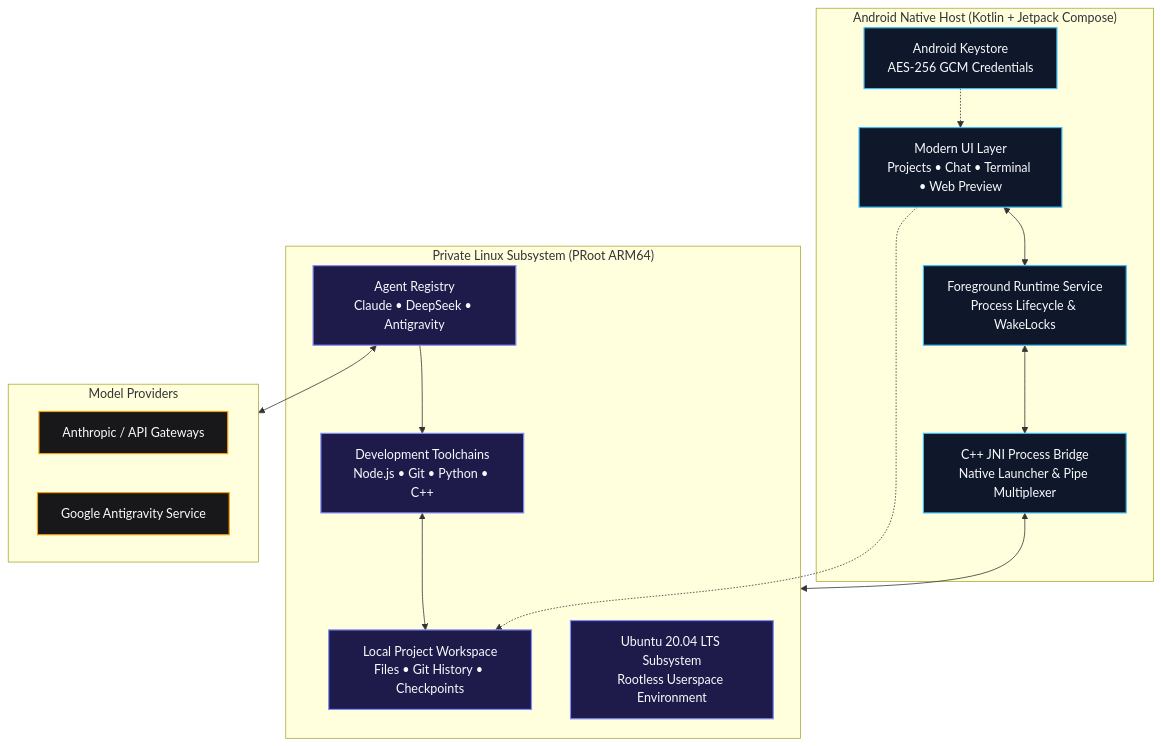
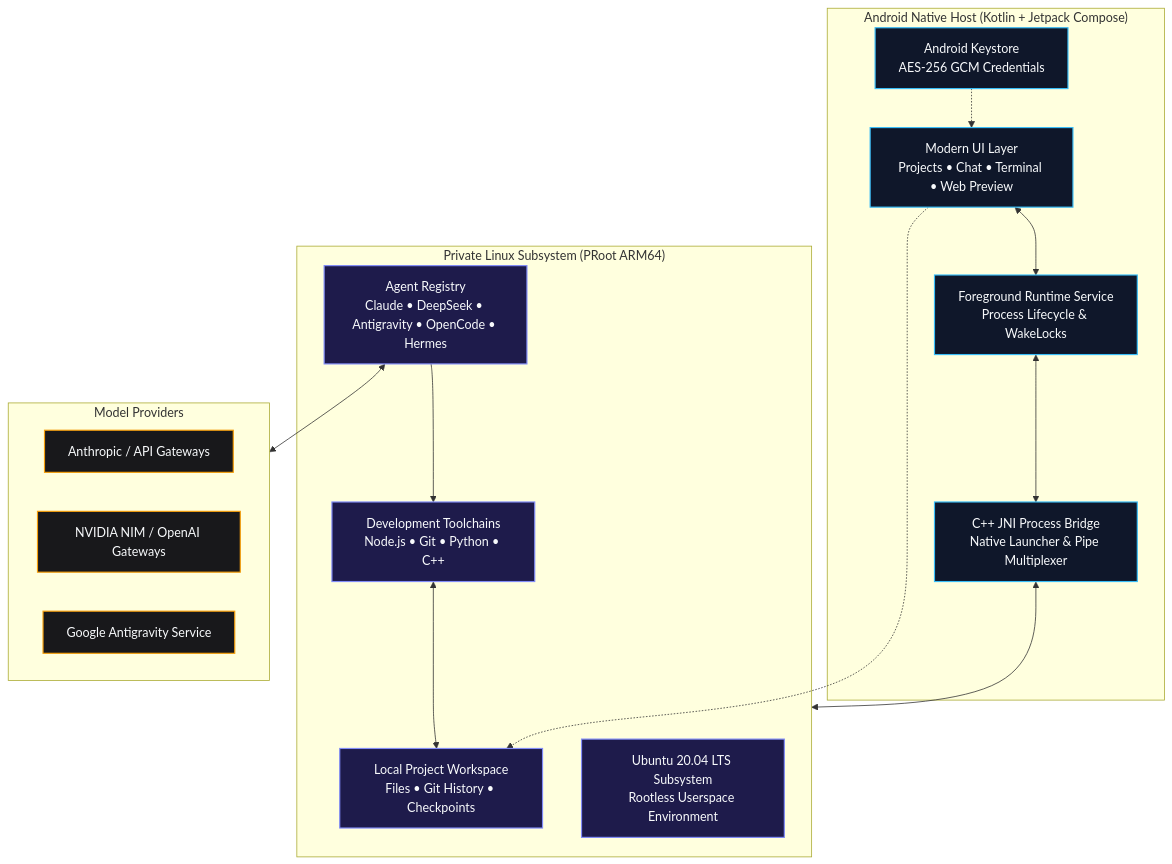
The diagram in README.md (Davinci198/mobile-harness-0), drawn with Mermaid before and after one commit. The commit also changed other lines of this file, not shown here.

````diff
--- a/README.md
+++ b/README.md
@@ -247,38 +252,39 @@
 ```mermaid
 flowchart TB
     subgraph Host[" Android Native Host (Kotlin + Jetpack Compose) "]
         UI["Modern UI Layer<br/>Projects • Chat • Terminal • Web Preview"]
         Service["Foreground Runtime Service<br/>Process Lifecycle & WakeLocks"]
         Keystore["Android Keystore<br/>AES-256 GCM Credentials"]
         Bridge["C++ JNI Process Bridge<br/>Native Launcher & Pipe Multiplexer"]
     end
 
     subgraph Subsystem[" Private Linux Subsystem (PRoot ARM64) "]
         Ubuntu["Ubuntu 20.04 LTS Subsystem<br/>Rootless Userspace Environment"]
-        Agent["Agent Registry<br/>Claude • DeepSeek • Antigravity"]
+        Agent["Agent Registry<br/>Claude • DeepSeek • Antigravity • OpenCode • Hermes"]
         Tools["Development Toolchains<br/>Node.js • Git • Python • C++"]
         Workspace["Local Project Workspace<br/>Files • Git History • Checkpoints"]
     end
 
     subgraph Cloud[" Model Providers "]
         Anthropic["Anthropic / API Gateways"]
+        NVIDIA["NVIDIA NIM / OpenAI Gateways"]
         Gateways["Google Antigravity Service"]
     end
 
     UI <--> Service
     Service <--> Bridge
     Bridge <--> Subsystem
     Keystore -.-> UI
     Agent <--> Cloud
     Agent --> Tools
     Tools <--> Workspace
     UI -.-> Workspace
 
     classDef hostStyle fill:#0f172a,stroke:#38bdf8,stroke-width:1.5px,color:#f8fafc;
     classDef subStyle fill:#1e1b4b,stroke:#818cf8,stroke-width:1.5px,color:#f8fafc;
     classDef cloudStyle fill:#18181b,stroke:#f59e0b,stroke-width:1.5px,color:#f8fafc;
 
     class UI,Service,Keystore,Bridge hostStyle;
     class Ubuntu,Agent,Tools,Workspace subStyle;
-    class Anthropic,Gateways cloudStyle;
+    class Anthropic,NVIDIA,Gateways cloudStyle;
 ```
````
